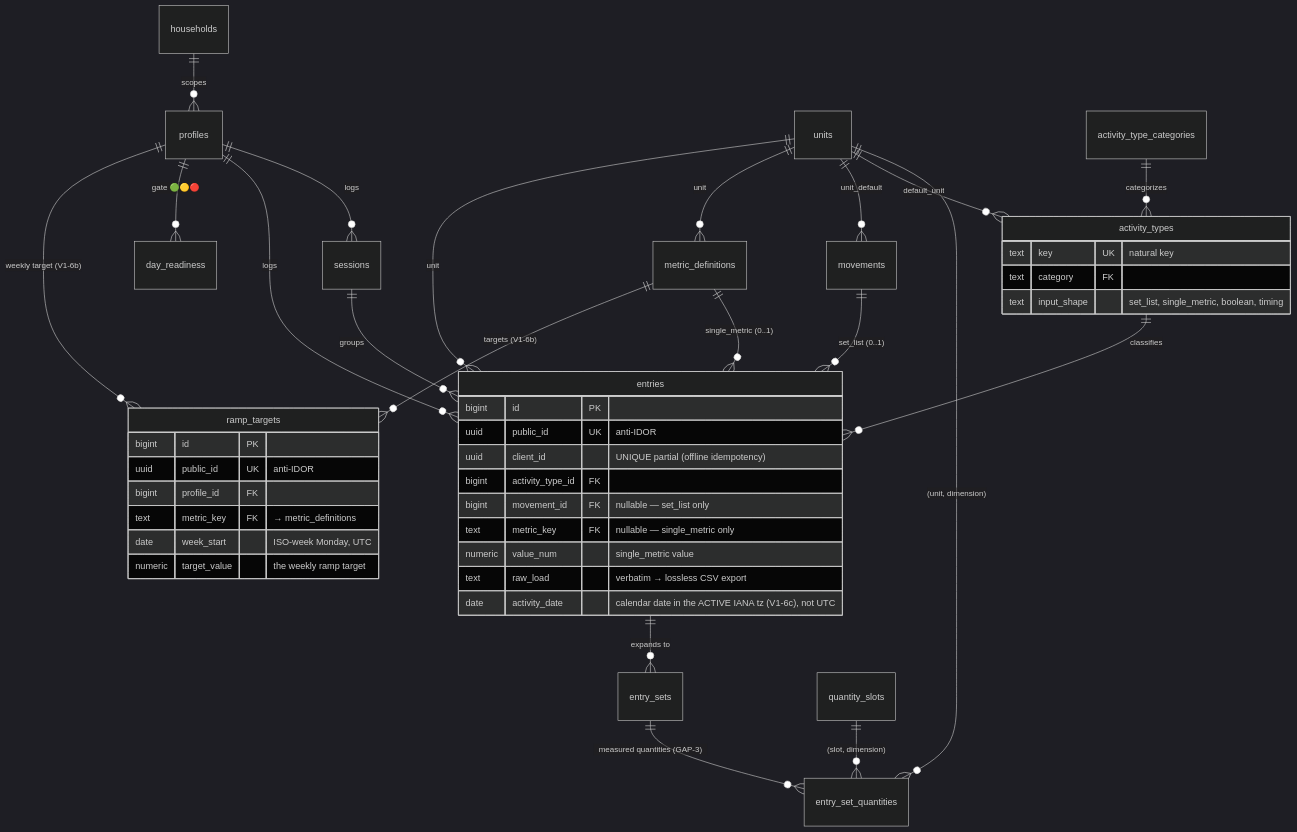
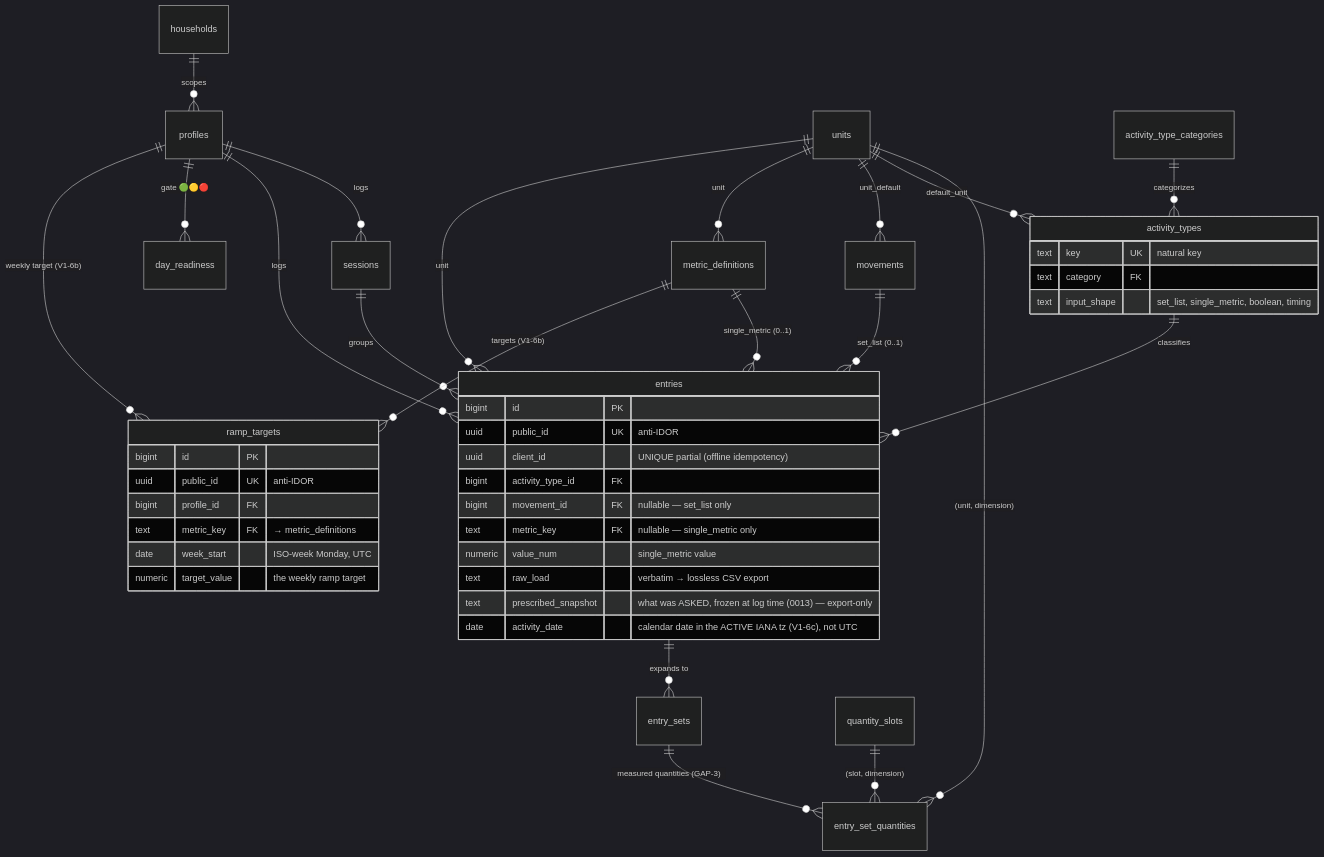
The seventh of 11 diagrams in docs/architecture.md (ralamode/mat-plan), drawn with Mermaid (dark theme) before and after one commit. The commit also changed 13 other files, not shown here.

````diff
--- a/docs/architecture.md
+++ b/docs/architecture.md
@@ -182,47 +182,48 @@
 ```mermaid
 erDiagram
   households ||--o{ profiles : "scopes"
   profiles ||--o{ sessions : "logs"
   profiles ||--o{ entries : "logs"
   profiles ||--o{ day_readiness : "gate 🟢🟡🔴"
   profiles ||--o{ ramp_targets : "weekly target (V1-6b)"
   sessions ||--o{ entries : "groups"
   entries ||--o{ entry_sets : "expands to"
   entry_sets ||--o{ entry_set_quantities : "measured quantities (GAP-3)"
   quantity_slots ||--o{ entry_set_quantities : "(slot, dimension)"
   units ||--o{ entry_set_quantities : "(unit, dimension)"
   activity_type_categories ||--o{ activity_types : "categorizes"
   activity_types ||--o{ entries : "classifies"
   movements ||--o{ entries : "set_list (0..1)"
   metric_definitions ||--o{ entries : "single_metric (0..1)"
   metric_definitions ||--o{ ramp_targets : "targets (V1-6b)"
   units ||--o{ activity_types : "default_unit"
   units ||--o{ movements : "unit_default"
   units ||--o{ metric_definitions : "unit"
   units ||--o{ entries : "unit"
 
   entries {
     bigint id PK
     uuid public_id UK "anti-IDOR"
     uuid client_id "UNIQUE partial (offline idempotency)"
     bigint activity_type_id FK
     bigint movement_id FK "nullable — set_list only"
     text metric_key FK "nullable — single_metric only"
     numeric value_num "single_metric value"
     text raw_load "verbatim → lossless CSV export"
+    text prescribed_snapshot "what was ASKED, frozen at log time (0013) — export-only"
     date activity_date "calendar date in the ACTIVE IANA tz (V1-6c), not UTC"
   }
   activity_types {
     text key UK "natural key"
     text category FK
     text input_shape "set_list, single_metric, boolean, timing"
   }
   ramp_targets {
     bigint id PK
     uuid public_id UK "anti-IDOR"
     bigint profile_id FK
     text metric_key FK "→ metric_definitions"
     date week_start "ISO-week Monday, UTC"
     numeric target_value "the weekly ramp target"
   }
 ```
````
